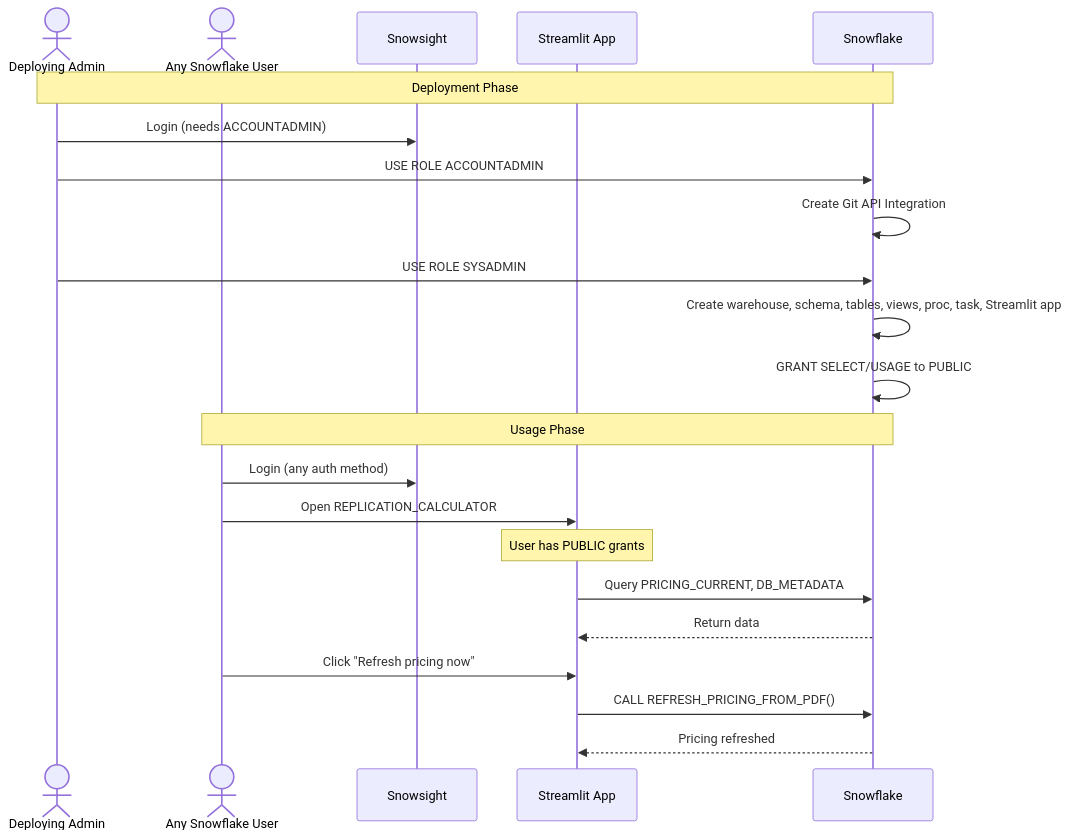
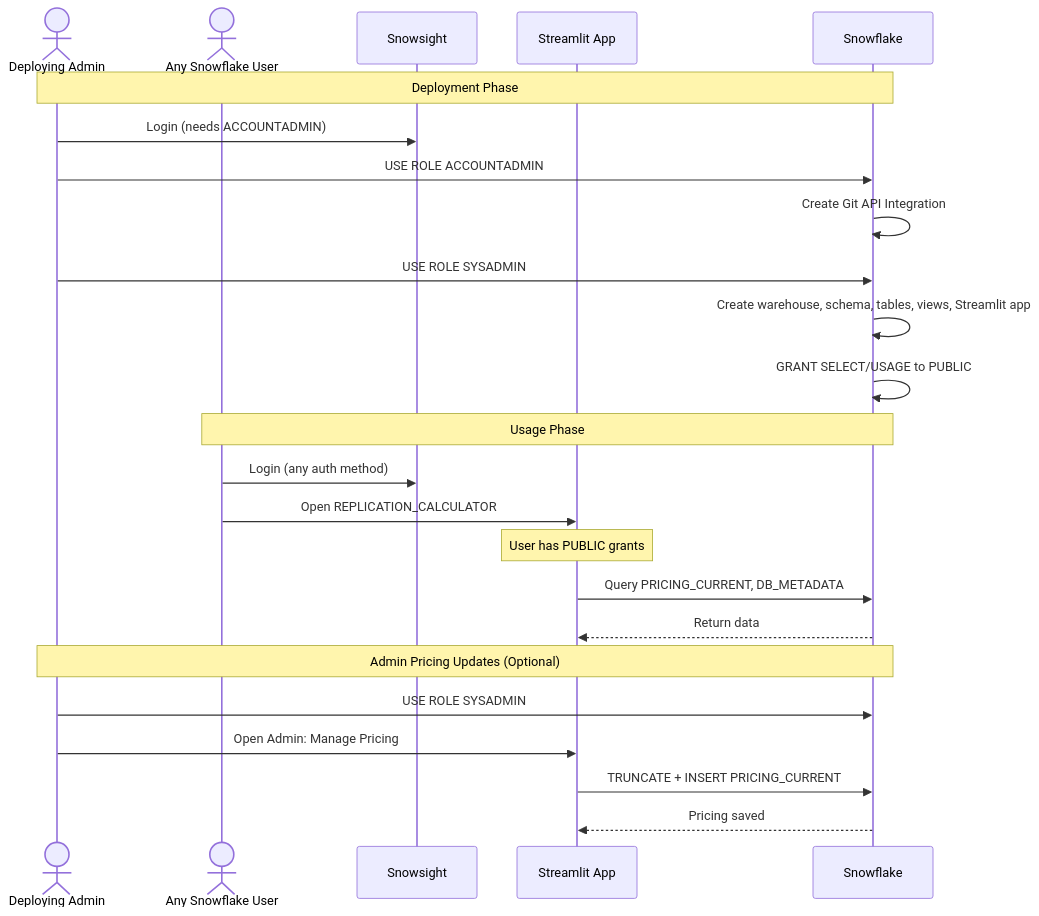
Before and after one commit to sfc-gh-miwhitaker/replicatethis: the diagram in diagrams/auth-flow.md, drawn with Mermaid. The commit also changed other lines of this file and 15 other files, not shown here.

````diff
--- a/diagrams/auth-flow.md
+++ b/diagrams/auth-flow.md
@@ -14,26 +14,28 @@
 ```mermaid
 sequenceDiagram
   actor Admin as Deploying Admin
   actor User as Any Snowflake User
   participant Snowsight
   participant Streamlit as Streamlit App
   participant SF as Snowflake
 
   Note over Admin,SF: Deployment Phase
   Admin->>Snowsight: Login (needs ACCOUNTADMIN)
   Admin->>SF: USE ROLE ACCOUNTADMIN
   SF->>SF: Create Git API Integration
   Admin->>SF: USE ROLE SYSADMIN
-  SF->>SF: Create warehouse, schema, tables, views, proc, task, Streamlit app
+  SF->>SF: Create warehouse, schema, tables, views, Streamlit app
   SF->>SF: GRANT SELECT/USAGE to PUBLIC
 
   Note over User,SF: Usage Phase
   User->>Snowsight: Login (any auth method)
   User->>Streamlit: Open REPLICATION_CALCULATOR
   Note over Streamlit: User has PUBLIC grants
   Streamlit->>SF: Query PRICING_CURRENT, DB_METADATA
   SF-->>Streamlit: Return data
-  User->>Streamlit: Click "Refresh pricing now"
-  Streamlit->>SF: CALL REFRESH_PRICING_FROM_PDF()
-  SF-->>Streamlit: Pricing refreshed
+  Note over Admin,SF: Admin Pricing Updates (Optional)
+  Admin->>SF: USE ROLE SYSADMIN
+  Admin->>Streamlit: Open Admin: Manage Pricing
+  Streamlit->>SF: TRUNCATE + INSERT PRICING_CURRENT
+  SF-->>Streamlit: Pricing saved
 ```
````
